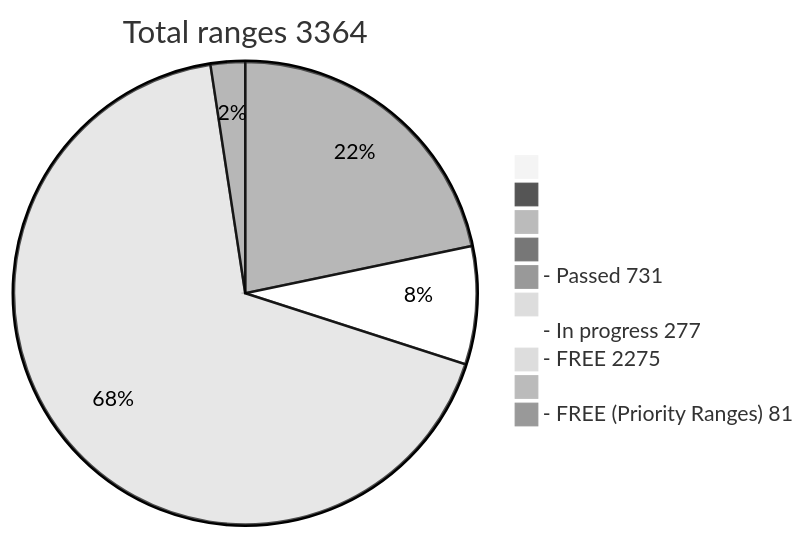
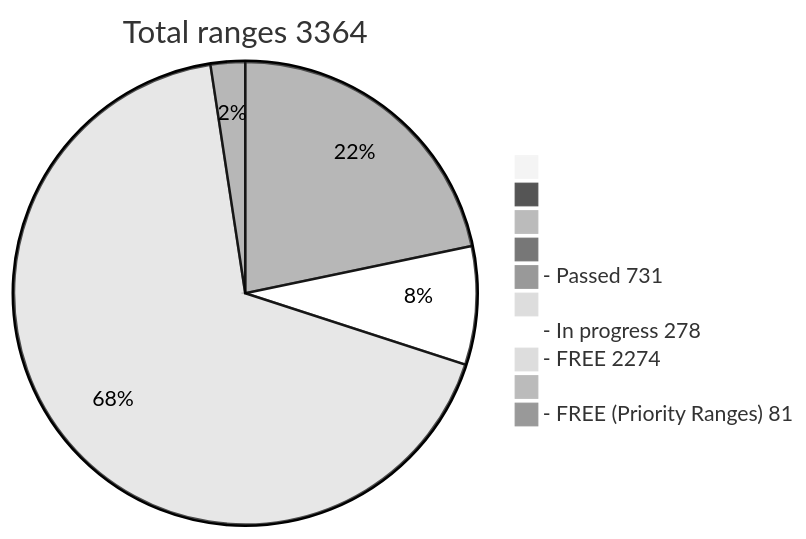
The diagram in README.md (phrutis/wif500), drawn with Mermaid (neutral theme) before and after one commit.

````diff
--- a/README.md
+++ b/README.md
@@ -16,13 +16,13 @@
 ```mermaid
 pie title Total ranges 3364
              " " : 0
             "  " : 0
            "   " : 0
           "    " : 0
   "- Passed 731" : 731
          "     " : 0
-  "- In progress 277" : 277
-   "- FREE 2275" : 2275
+  "- In progress 278" : 278
+   "- FREE 2274" : 2274
         "      " : 0
   "- FREE (Priority Ranges) 81" : 81
 ```
````
